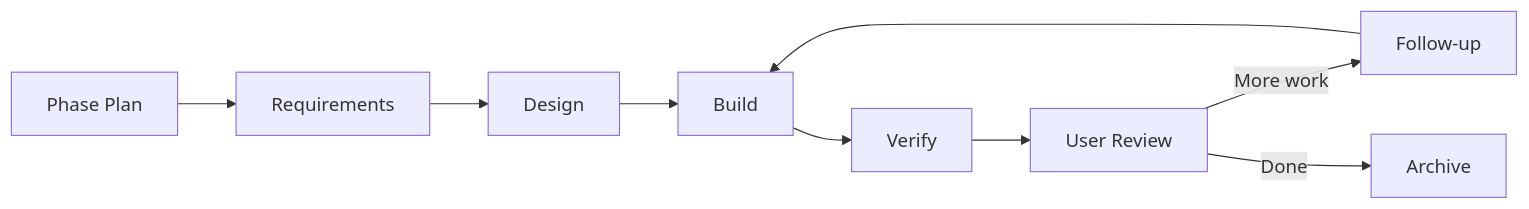
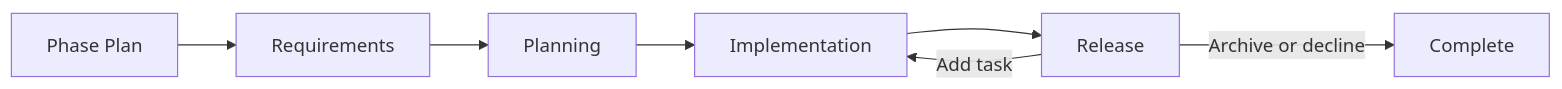
One commit to rp1-run/rp1 changed the diagram in docs/reference/dev/index.md. Above: the diagram before and after it, drawn with Mermaid. The commit also changed other lines of this file and 48 other files, not shown here.

````diff
--- a/docs/reference/dev/index.md
+++ b/docs/reference/dev/index.md
@@ -86,12 +88,10 @@
 ```mermaid
 flowchart LR
     P[Phase Plan]
     P --> R[Requirements]
-    R --> D[Design]
-    D --> B[Build]
-    B --> V[Verify]
-    V --> UR[User Review]
-    UR -->|More work| F[Follow-up]
-    F --> B
-    UR -->|Done| A[Archive]
+    R --> PL[Planning]
+    PL --> I[Implementation]
+    I --> REL[Release]
+    REL -->|Add task| I
+    REL -->|Archive or decline| Done[Complete]
 ```
````
